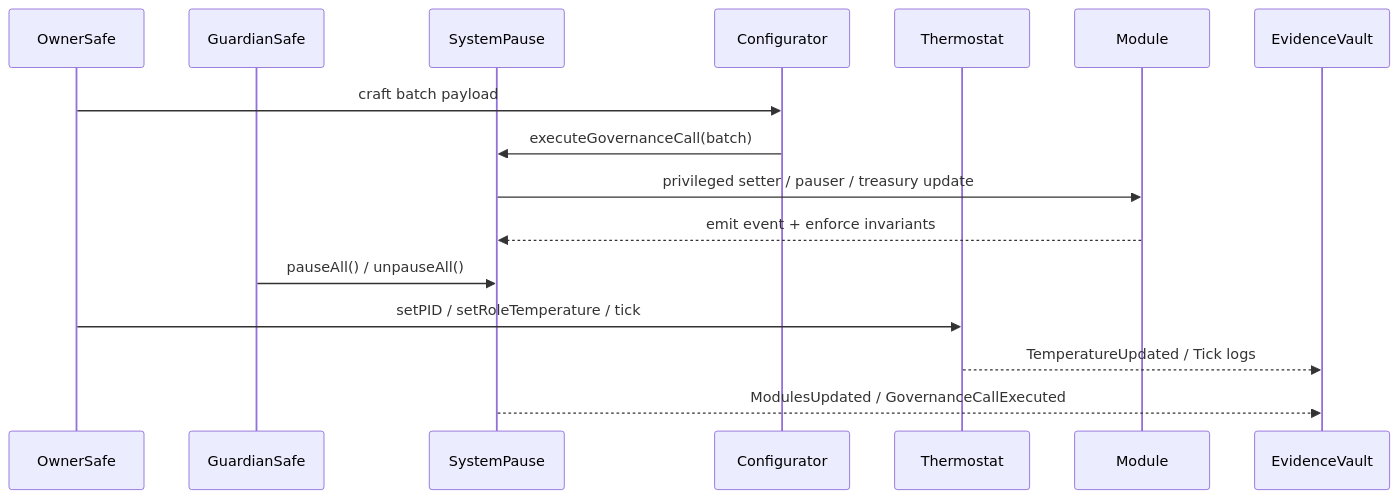
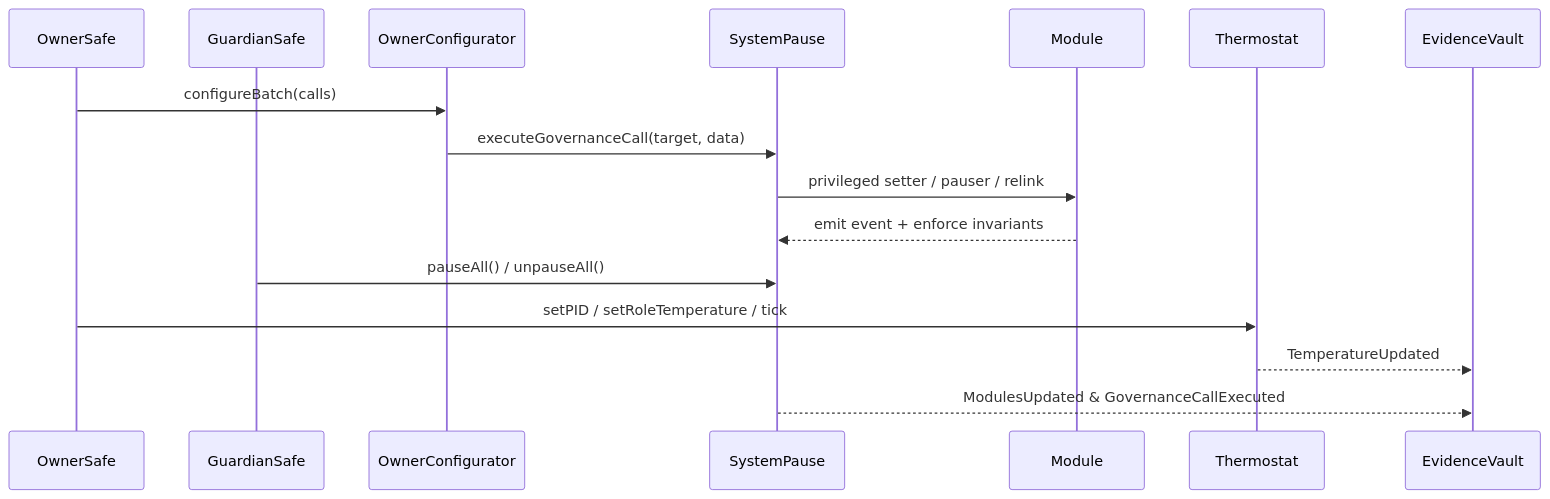
One commit to MontrealAI/agijobs-sovereign-labor-v0p1 changed the second of 5 diagrams in docs/README.md. Above: the diagram before and after it, drawn with Mermaid. The commit also changed other lines of this file, not shown here.

````diff
--- a/docs/README.md
+++ b/docs/README.md
@@ -126,18 +103,18 @@
 ```mermaid
 sequenceDiagram
     participant OwnerSafe
     participant GuardianSafe
+    participant OwnerConfigurator
     participant SystemPause
-    participant Configurator
+    participant Module
     participant Thermostat
-    participant Module
     participant EvidenceVault
-    OwnerSafe->>Configurator: craft batch payload
-    Configurator->>SystemPause: executeGovernanceCall(batch)
-    SystemPause->>Module: privileged setter / pauser / treasury update
+    OwnerSafe->>OwnerConfigurator: configureBatch(calls)
+    OwnerConfigurator->>SystemPause: executeGovernanceCall(target, data)
+    SystemPause->>Module: privileged setter / pauser / relink
     Module-->>SystemPause: emit event + enforce invariants
     GuardianSafe->>SystemPause: pauseAll() / unpauseAll()
     OwnerSafe->>Thermostat: setPID / setRoleTemperature / tick
-    Thermostat-->>EvidenceVault: TemperatureUpdated / Tick logs
-    SystemPause-->>EvidenceVault: ModulesUpdated / GovernanceCallExecuted
+    Thermostat-->>EvidenceVault: TemperatureUpdated
+    SystemPause-->>EvidenceVault: ModulesUpdated & GovernanceCallExecuted
 ```
````
